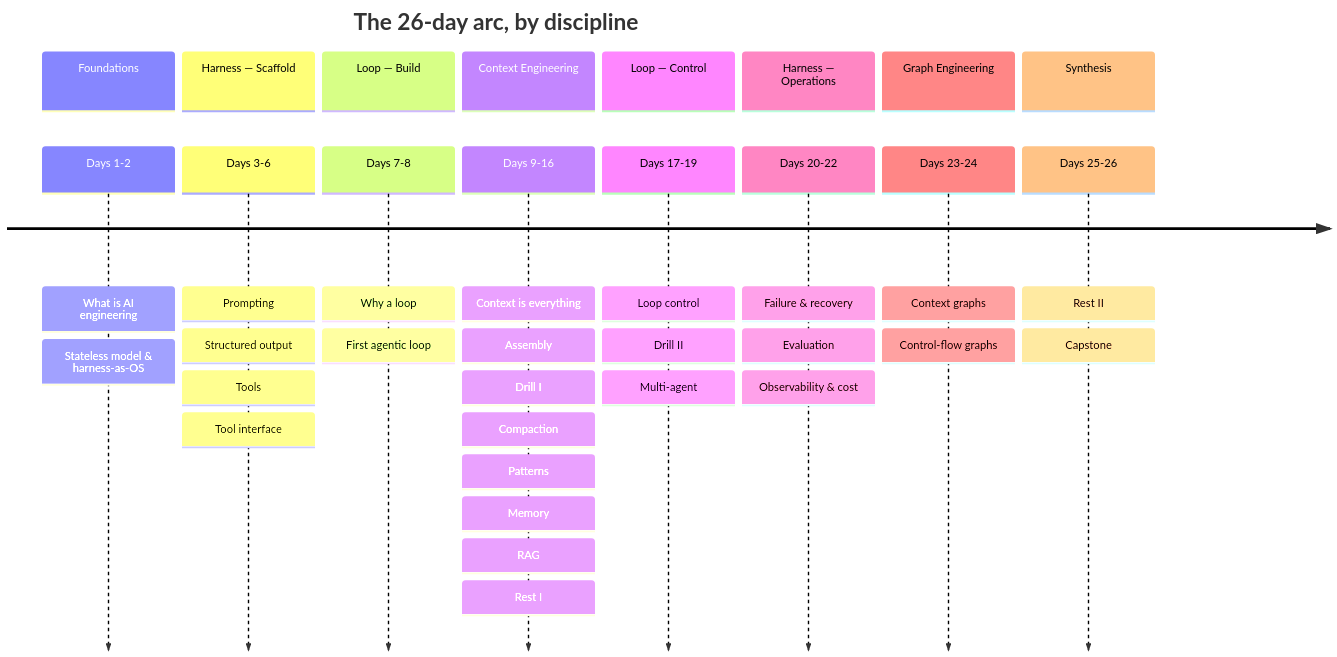
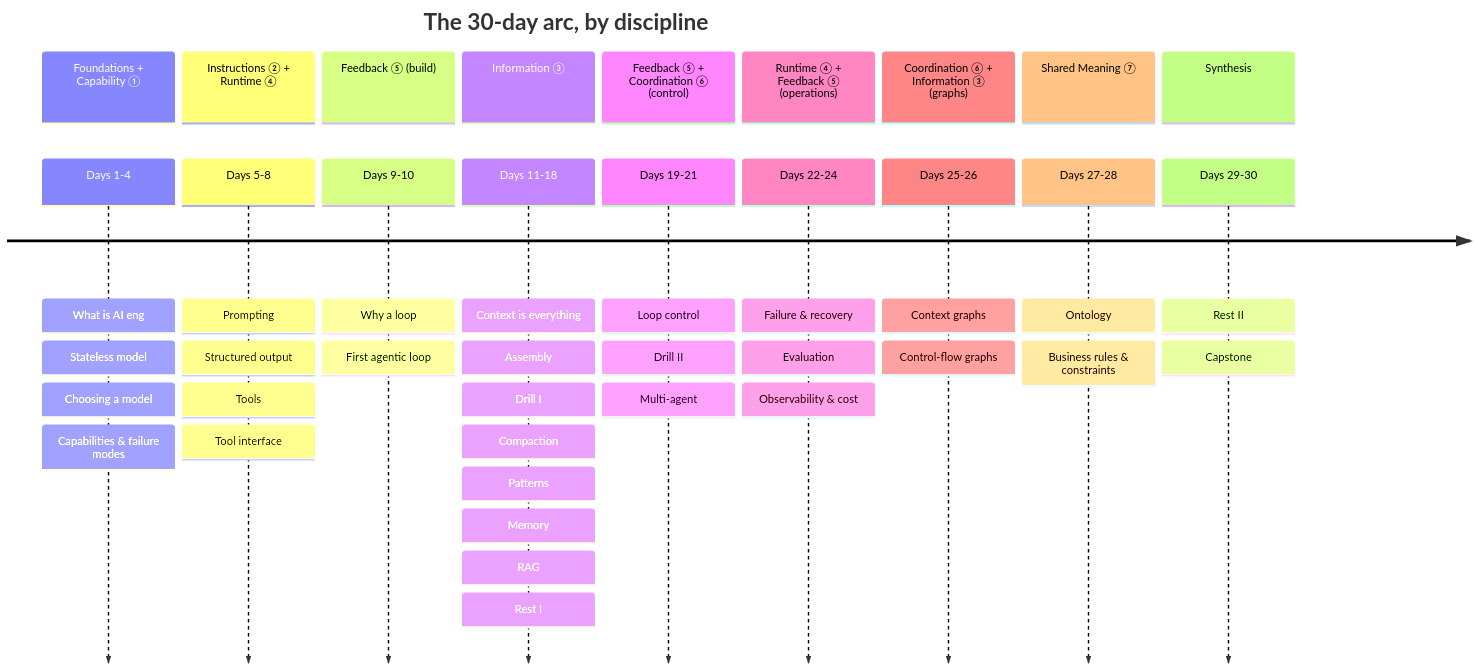
One commit to Anubhav-Singh13/Monk_Intelligence changed the diagram in ai-engineering/learning-path.md. Above: the diagram before and after it, drawn with Mermaid. The commit also changed other lines of this file and 50 other files, not shown here.

````diff
--- a/ai-engineering/learning-path.md
+++ b/ai-engineering/learning-path.md
@@ -5,20 +5,22 @@
 ```mermaid
 timeline
-    title The 26-day arc, by discipline
-    section Foundations
-        Days 1-2 : What is AI engineering : Stateless model & harness-as-OS
-    section Harness — Scaffold
-        Days 3-6 : Prompting : Structured output : Tools : Tool interface
-    section Loop — Build
-        Days 7-8 : Why a loop : First agentic loop
-    section Context Engineering
-        Days 9-16 : Context is everything : Assembly : Drill I : Compaction : Patterns : Memory : RAG : Rest I
-    section Loop — Control
-        Days 17-19 : Loop control : Drill II : Multi-agent
-    section Harness — Operations
-        Days 20-22 : Failure & recovery : Evaluation : Observability & cost
-    section Graph Engineering
-        Days 23-24 : Context graphs : Control-flow graphs
+    title The 30-day arc, by discipline
+    section Foundations + Capability ①
+        Days 1-4 : What is AI eng : Stateless model : Choosing a model : Capabilities & failure modes
+    section Instructions ② + Runtime ④
+        Days 5-8 : Prompting : Structured output : Tools : Tool interface
+    section Feedback ⑤ (build)
+        Days 9-10 : Why a loop : First agentic loop
+    section Information ③
+        Days 11-18 : Context is everything : Assembly : Drill I : Compaction : Patterns : Memory : RAG : Rest I
+    section Feedback ⑤ + Coordination ⑥ (control)
+        Days 19-21 : Loop control : Drill II : Multi-agent
+    section Runtime ④ + Feedback ⑤ (operations)
+        Days 22-24 : Failure & recovery : Evaluation : Observability & cost
+    section Coordination ⑥ + Information ③ (graphs)
+        Days 25-26 : Context graphs : Control-flow graphs
+    section Shared Meaning ⑦
+        Days 27-28 : Ontology : Business rules & constraints
     section Synthesis
-        Days 25-26 : Rest II : Capstone
+        Days 29-30 : Rest II : Capstone
 ```
````
